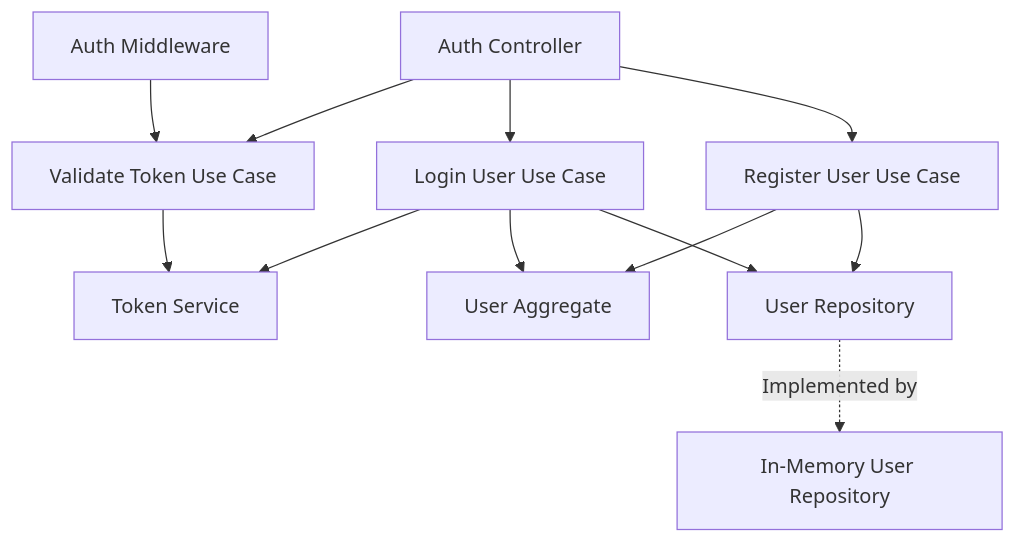
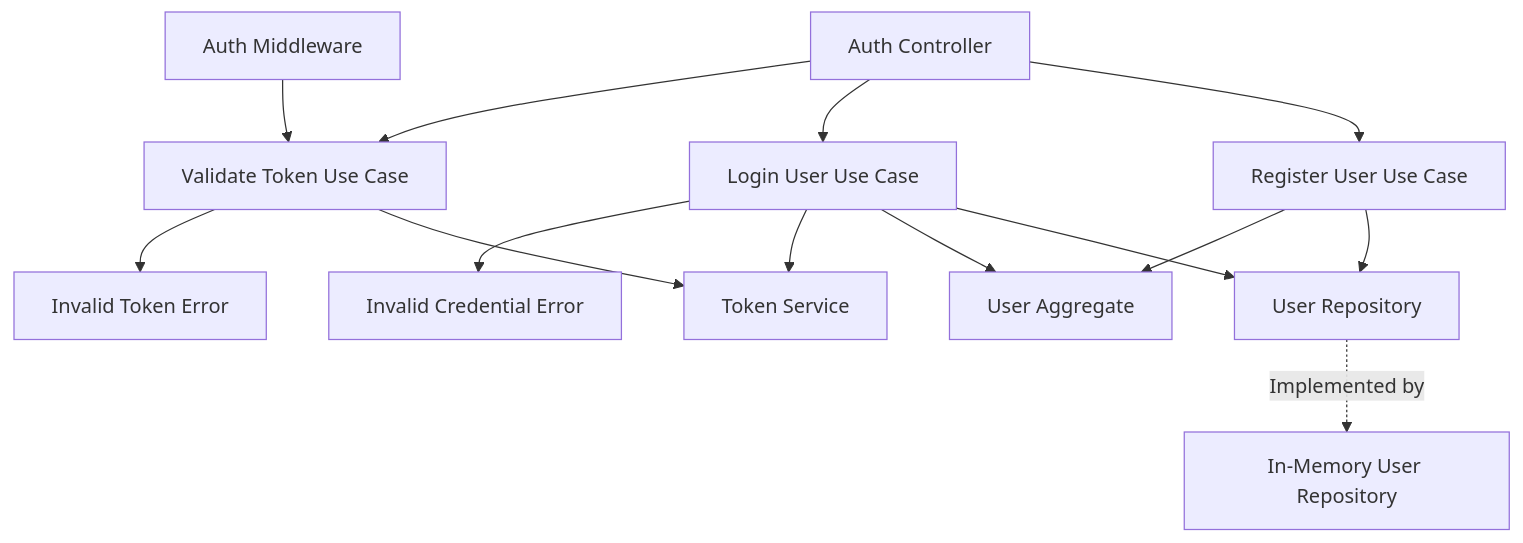
Before and after one commit to GautierBlandin/context-gpt: the diagram in design-docs/004-authorization-rework/auth-rework.design-doc.md, drawn with Mermaid. The commit also changed other lines of this file and 1 other file, not shown here.

````diff
--- a/design-docs/004-authorization-rework/auth-rework.design-doc.md
+++ b/design-docs/004-authorization-rework/auth-rework.design-doc.md
@@ -3,15 +3,16 @@
 ```mermaid
 graph TD
   AuthController[Auth Controller] --> RegisterUserUseCase[Register User Use Case]
   AuthController --> LoginUserUseCase[Login User Use Case]
   AuthController --> ValidateTokenUseCase[Validate Token Use Case]
   ValidateTokenUseCase --> TokenService[Token Service]
+  ValidateTokenUseCase --> InvalidTokenError[Invalid Token Error]
   AuthMiddleware[Auth Middleware] --> ValidateTokenUseCase
   LoginUserUseCase --> UsersRepository[User Repository]
   LoginUserUseCase --> UserAggregate[User Aggregate]
   LoginUserUseCase --> TokenService
+  LoginUserUseCase --> InvalidCredentialError[Invalid Credential Error]
   RegisterUserUseCase --> UsersRepository
   RegisterUserUseCase --> UserAggregate
   UsersRepository -.Implemented by.-> InMemoryUserRepository[In-Memory User Repository]
-
 ```
````
